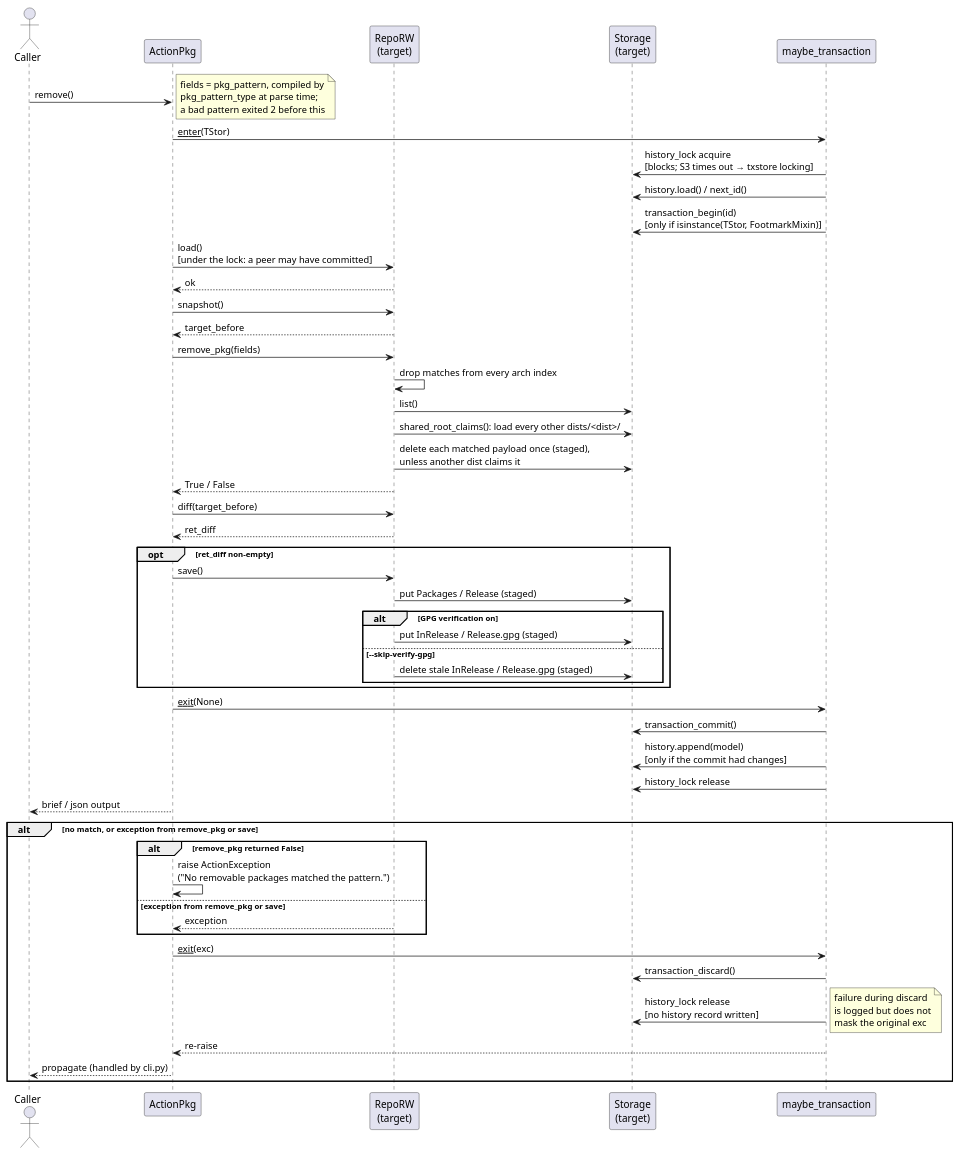
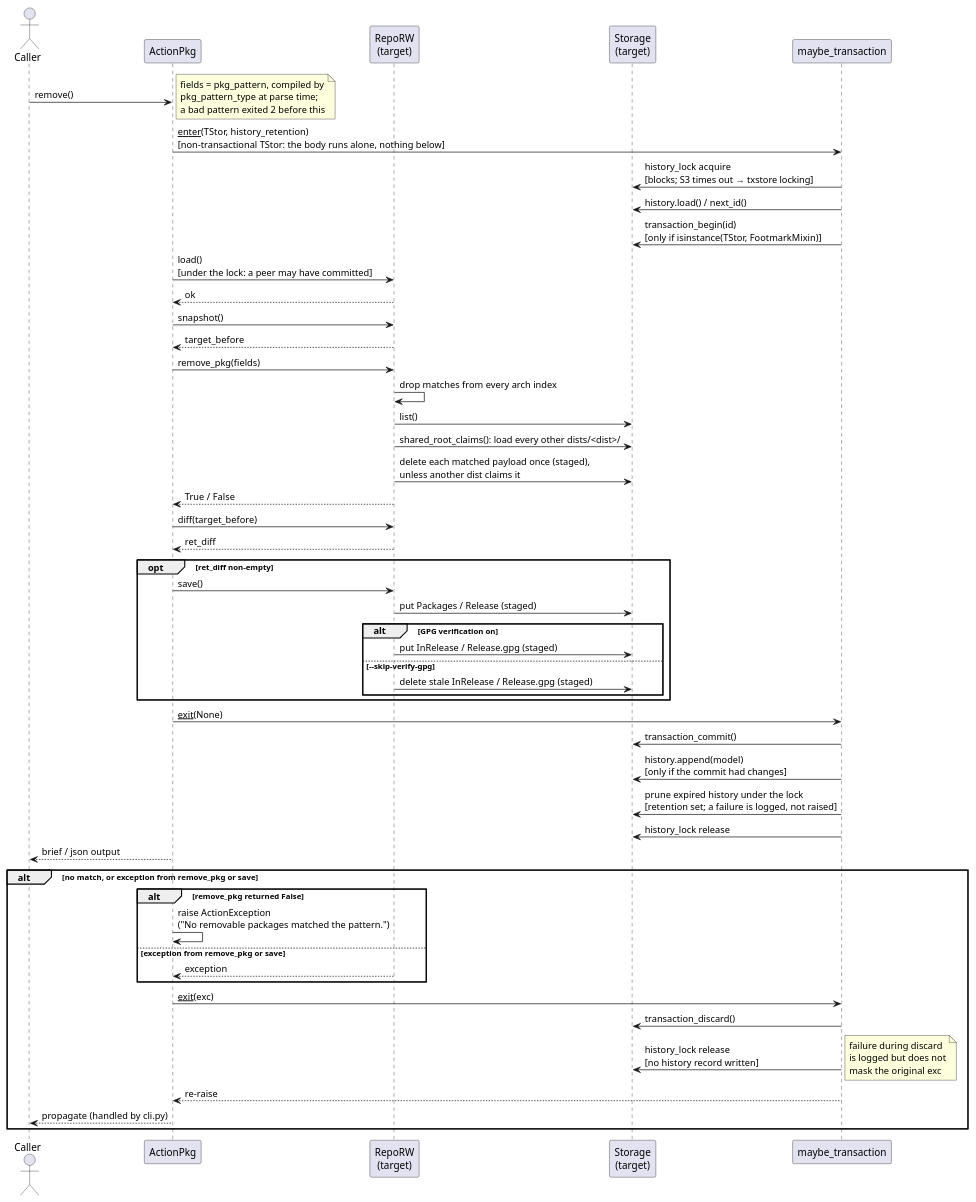
One commit to vinklat/debkit changed the diagram in docs/development/diagrams/action-pkg-remove-sequence.puml. Above: the diagram before and after it, drawn with PlantUML. The commit also changed 14 other files, not shown here.

```diff
--- a/docs/development/diagrams/action-pkg-remove-sequence.puml
+++ b/docs/development/diagrams/action-pkg-remove-sequence.puml
@@ -1,63 +1,64 @@
 @startuml
 actor Caller
 participant ActionPkg
 participant "RepoRW\n(target)" as Tgt
 participant "Storage\n(target)" as TStor
 participant "maybe_transaction" as CM
 
 Caller -> ActionPkg: remove()
 note right
   fields = pkg_pattern, compiled by
   pkg_pattern_type at parse time;
   a bad pattern exited 2 before this
 end note
 
-ActionPkg -> CM: __enter__(TStor)
+ActionPkg -> CM: __enter__(TStor, history_retention)\n[non-transactional TStor: the body runs alone, nothing below]
 CM -> TStor: history_lock acquire\n[blocks; S3 times out → txstore locking]
 CM -> TStor: history.load() / next_id()
 CM -> TStor: transaction_begin(id)\n[only if isinstance(TStor, FootmarkMixin)]
 
 ActionPkg -> Tgt: load()\n[under the lock: a peer may have committed]
 Tgt --> ActionPkg: ok
 ActionPkg -> Tgt: snapshot()
 Tgt --> ActionPkg: target_before
 
 ActionPkg -> Tgt: remove_pkg(fields)
 Tgt -> Tgt: drop matches from every arch index
 Tgt -> TStor: list()
 Tgt -> TStor: shared_root_claims(): load every other dists/<dist>/
 Tgt -> TStor: delete each matched payload once (staged),\nunless another dist claims it
 Tgt --> ActionPkg: True / False
 ActionPkg -> Tgt: diff(target_before)
 Tgt --> ActionPkg: ret_diff
 opt ret_diff non-empty
   ActionPkg -> Tgt: save()
   Tgt -> TStor: put Packages / Release (staged)
   alt GPG verification on
     Tgt -> TStor: put InRelease / Release.gpg (staged)
   else --skip-verify-gpg
     Tgt -> TStor: delete stale InRelease / Release.gpg (staged)
   end
 end
 
 ActionPkg -> CM: __exit__(None)
 CM -> TStor: transaction_commit()
 CM -> TStor: history.append(model)\n[only if the commit had changes]
+CM -> TStor: prune expired history under the lock\n[retention set; a failure is logged, not raised]
 CM -> TStor: history_lock release
 
 ActionPkg --> Caller: brief / json output
 
 alt no match, or exception from remove_pkg or save
   alt remove_pkg returned False
     ActionPkg -> ActionPkg: raise ActionException\n("No removable packages matched the pattern.")
   else exception from remove_pkg or save
     Tgt --> ActionPkg: exception
   end
   ActionPkg -> CM: __exit__(exc)
   CM -> TStor: transaction_discard()
   CM -> TStor: history_lock release\n[no history record written]
   note right: failure during discard\nis logged but does not\nmask the original exc
   CM --> ActionPkg: re-raise
   ActionPkg --> Caller: propagate (handled by cli.py)
 end
 @enduml
```
